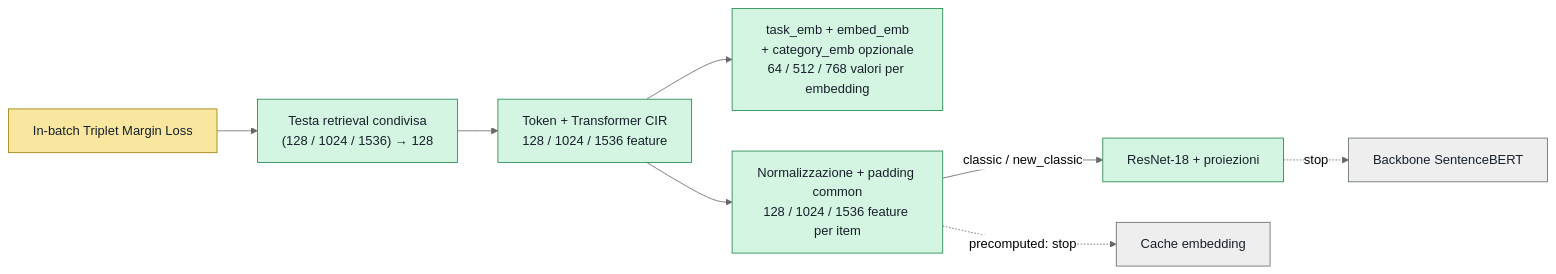
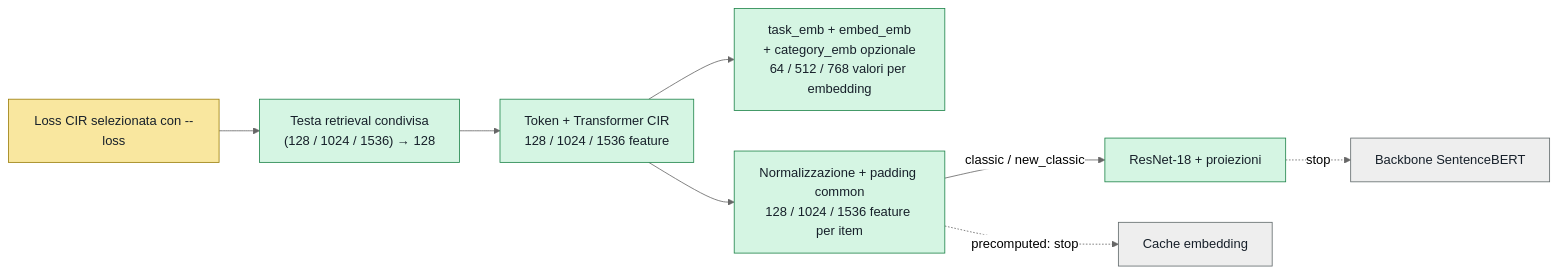
Before and after one commit to FlorindoDev/OutfitTransformer: the second of 2 diagrams in training/README.md, drawn with Mermaid (neutral theme). The commit also changed other lines of this file and 12 other files, not shown here.

First line of the commit message:
feat(cir): aggiungi InfoNCE e Joint con --loss

````diff
--- a/training/README.md
+++ b/training/README.md
@@ -99,20 +99,20 @@
 ```mermaid
 flowchart LR
-    LOSS["In-batch Triplet Margin Loss"] --> HEAD["Testa retrieval condivisa<br/>(128 / 1024 / 1536) → 128"]
+    LOSS["Loss CIR selezionata con --loss"] --> HEAD["Testa retrieval condivisa<br/>(128 / 1024 / 1536) → 128"]
     HEAD --> CIR["Token + Transformer CIR<br/>128 / 1024 / 1536 feature"]
     CIR --> TOKEN["task_emb + embed_emb<br/>+ category_emb opzionale<br/>64 / 512 / 768 valori per embedding"]
     CIR --> COMMON["Normalizzazione + padding common<br/>128 / 1024 / 1536 feature per item"]
 
     COMMON -->|classic / new_classic| RAW["ResNet-18 + proiezioni"]
     RAW -.->|stop| SBERT["Backbone SentenceBERT"]
 
     COMMON -.->|precomputed: stop| CACHE["Cache embedding"]
 
     classDef trainable fill:#d5f5e3,stroke:#1e8449,color:#17202a;
     classDef frozen fill:#eeeeee,stroke:#616a6b,color:#17202a;
     classDef loss fill:#f9e79f,stroke:#9a7d0a,color:#17202a;
 
     class HEAD,CIR,TOKEN,COMMON,RAW trainable;
     class SBERT,CACHE frozen;
     class LOSS loss;
 ```
````
